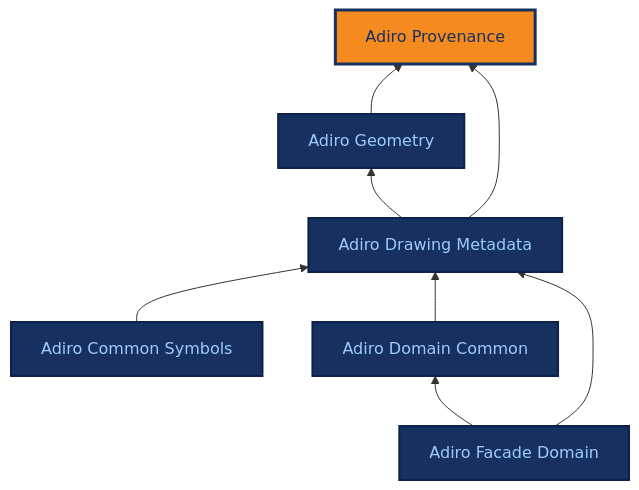
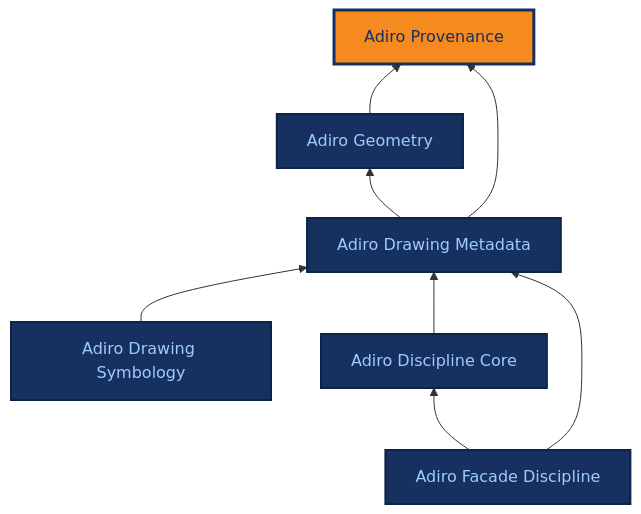
One commit to BuroHappoldMachineLearning/ADIRO changed the diagram in docs/ontologies/adiro_provenance.md. Above: the diagram before and after it, drawn with Mermaid. The commit also changed 162 other files, not shown here.

First line of the commit message:
feat: rename three modules, with the reference terms defined in adiro_drawing_symbology (#281, #277, #271)

````diff
--- a/docs/ontologies/adiro_provenance.md
+++ b/docs/ontologies/adiro_provenance.md
@@ -34,27 +34,27 @@
 ```mermaid
 %%{init: {"themeCSS": ".base .nodeLabel,.base .nodeLabel p,.base text,.base tspan{fill:#9ecbff !important;color:#9ecbff !important}.current .nodeLabel,.current .nodeLabel p,.current text,.current tspan{fill:#16305f !important;color:#16305f !important}"} }%%
 graph BT
     adiro_provenance["Adiro Provenance"]
     adiro_geometry["Adiro Geometry"]
     adiro_drawing_metadata["Adiro Drawing Metadata"]
-    adiro_common_symbols["Adiro Common Symbols"]
-    adiro_domain_common["Adiro Domain Common"]
-    adiro_facade_domain["Adiro Facade Domain"]
+    adiro_drawing_symbology["Adiro Drawing Symbology"]
+    adiro_discipline_core["Adiro Discipline Core"]
+    adiro_facade_discipline["Adiro Facade Discipline"]
     adiro_geometry --> adiro_provenance
     adiro_drawing_metadata --> adiro_geometry
     adiro_drawing_metadata --> adiro_provenance
-    adiro_common_symbols --> adiro_drawing_metadata
-    adiro_domain_common --> adiro_drawing_metadata
-    adiro_facade_domain --> adiro_domain_common
-    adiro_facade_domain --> adiro_drawing_metadata
+    adiro_drawing_symbology --> adiro_drawing_metadata
+    adiro_discipline_core --> adiro_drawing_metadata
+    adiro_facade_discipline --> adiro_discipline_core
+    adiro_facade_discipline --> adiro_drawing_metadata
     click adiro_provenance "../adiro_provenance/" "Adiro Provenance reference page"
     click adiro_geometry "../adiro_geometry/" "Adiro Geometry reference page"
     click adiro_drawing_metadata "../adiro_drawing_metadata/" "Adiro Drawing Metadata reference page"
-    click adiro_common_symbols "../adiro_common_symbols/" "Adiro Common Symbols reference page"
-    click adiro_domain_common "../adiro_domain_common/" "Adiro Domain Common reference page"
-    click adiro_facade_domain "../adiro_facade_domain/" "Adiro Facade Domain reference page"
+    click adiro_drawing_symbology "../adiro_drawing_symbology/" "Adiro Drawing Symbology reference page"
+    click adiro_discipline_core "../adiro_discipline_core/" "Adiro Discipline Core reference page"
+    click adiro_facade_discipline "../adiro_facade_discipline/" "Adiro Facade Discipline reference page"
     classDef base fill:#16305f,stroke:#0e2247,stroke-width:2px,color:#9ecbff;
-    class adiro_geometry,adiro_drawing_metadata,adiro_common_symbols,adiro_domain_common,adiro_facade_domain base;
+    class adiro_geometry,adiro_drawing_metadata,adiro_drawing_symbology,adiro_discipline_core,adiro_facade_discipline base;
     classDef current fill:#f58a1f,stroke:#16305f,stroke-width:3px,color:#16305f;
     class adiro_provenance current;
 ```
````
